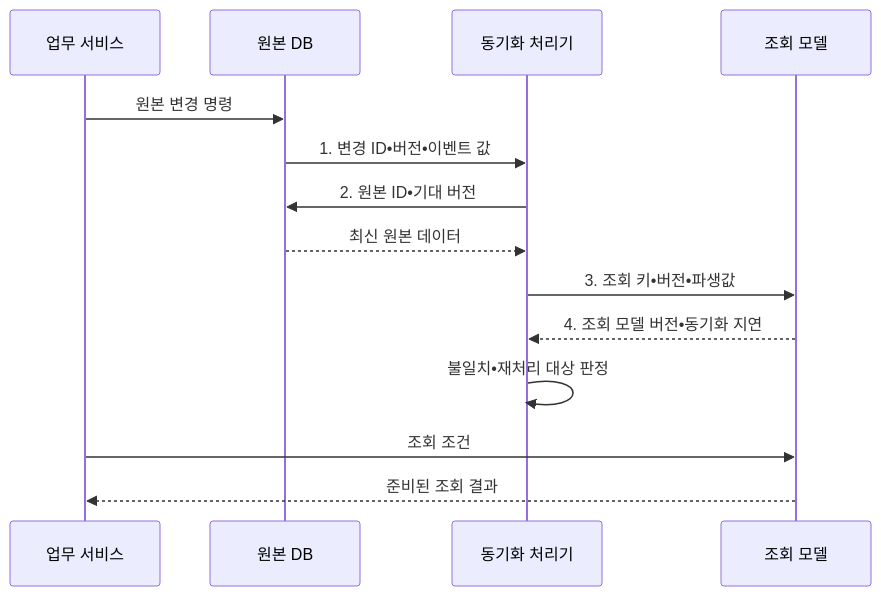
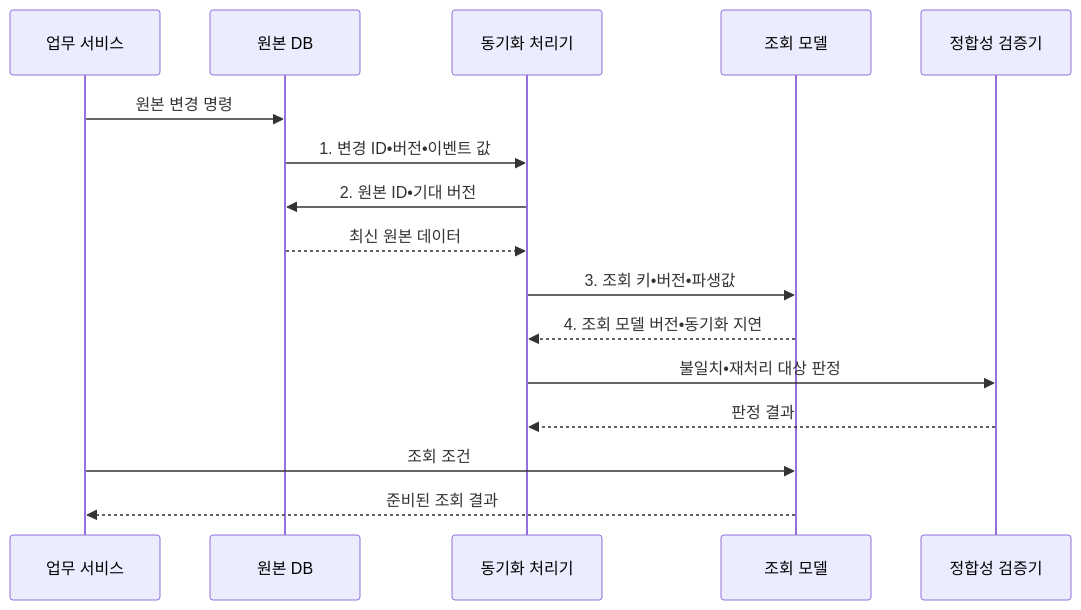
One commit to agnusdei1207/knowledge-base changed the second of 2 diagrams in src/content/docs/notes/03-software/090_denormalization.md. Above: the diagram before and after it, drawn with Mermaid. The commit also changed other lines of this file and 15 other files, not shown here.

````diff
--- a/src/content/docs/notes/03-software/090_denormalization.md
+++ b/src/content/docs/notes/03-software/090_denormalization.md
@@ -108,16 +108,18 @@
 ```mermaid
 sequenceDiagram
     participant APP as 업무 서비스
     participant DB as 원본 DB
     participant SYNC as 동기화 처리기
     participant READ as 조회 모델
+    participant V as 정합성 검증기
     APP->>DB: 원본 변경 명령
     DB->>SYNC: 1. 변경 ID•버전•이벤트 값
     SYNC->>DB: 2. 원본 ID•기대 버전
     DB-->>SYNC: 최신 원본 데이터
     SYNC->>READ: 3. 조회 키•버전•파생값
     READ-->>SYNC: 4. 조회 모델 버전•동기화 지연
-    SYNC->>SYNC: 불일치•재처리 대상 판정
+    SYNC->>V: 불일치•재처리 대상 판정
+    V-->>SYNC: 판정 결과
     APP->>READ: 조회 조건
     READ-->>APP: 준비된 조회 결과
 ```
````
